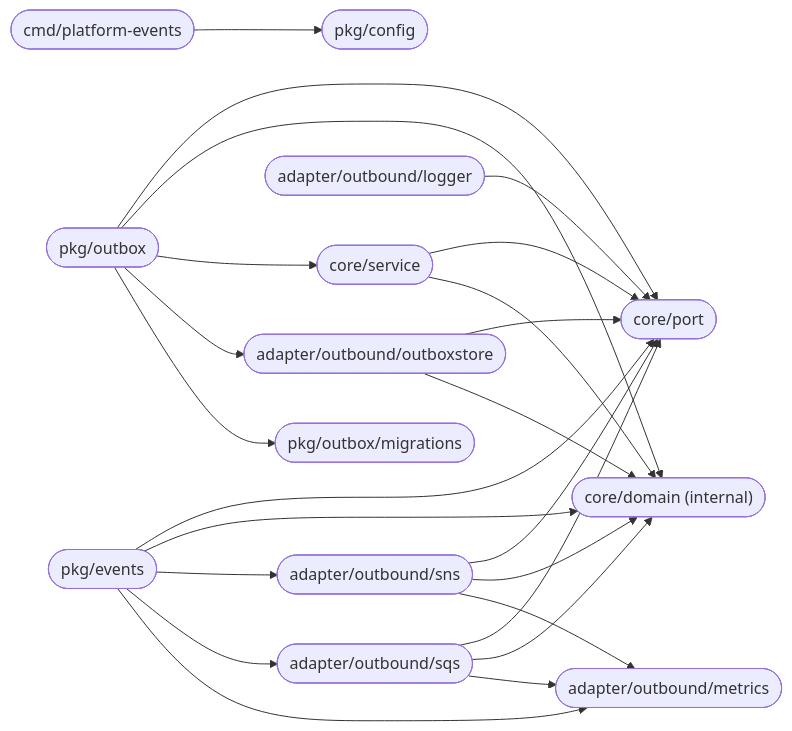
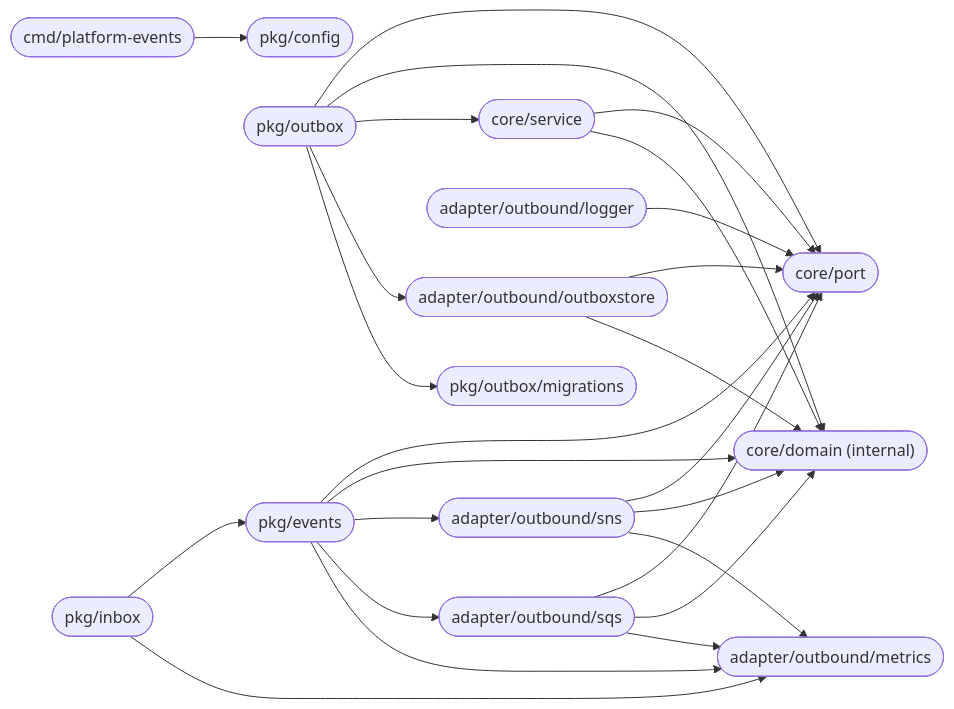
The diagram in docs/architecture/mermaid/package-dependencies.mmd (BCBP-SOLUTIONS-FZC-LLC/platform-events), drawn with Mermaid before and after one commit. The commit also changed 27 other files, not shown here.

First line of the commit message:
docs: restructure README and ARCHITECTURE, document DLQ forwarding

```diff
--- a/docs/architecture/mermaid/package-dependencies.mmd
+++ b/docs/architecture/mermaid/package-dependencies.mmd
@@ -1,37 +1,40 @@
 graph LR
     cmd(["cmd/platform-events"])
     events_pkg(["pkg/events"])
     outbox_pkg(["pkg/outbox"])
+    inbox_pkg(["pkg/inbox"])
     sns(["adapter/outbound/sns"])
     sqs(["adapter/outbound/sqs"])
     outboxstore(["adapter/outbound/outboxstore"])
     metrics(["adapter/outbound/metrics"])
     logger(["adapter/outbound/logger"])
     service(["core/service"])
     port(["core/port"])
     domain(["core/domain  (internal)"])
     config(["pkg/config"])
     migs(["pkg/outbox/migrations"])
 
     cmd          --> config
     events_pkg   --> port
     events_pkg   --> domain
     events_pkg   --> sns
     events_pkg   --> sqs
     events_pkg   --> metrics
+    inbox_pkg    --> events_pkg
+    inbox_pkg    --> metrics
     outbox_pkg   --> port
     outbox_pkg   --> domain
     outbox_pkg   --> service
     outbox_pkg   --> outboxstore
     outbox_pkg   --> migs
     sns          --> port
     sns          --> domain
     sns          --> metrics
     sqs          --> port
     sqs          --> domain
     sqs          --> metrics
     outboxstore  --> port
     outboxstore  --> domain
     logger       --> port
     service      --> port
     service      --> domain
```
